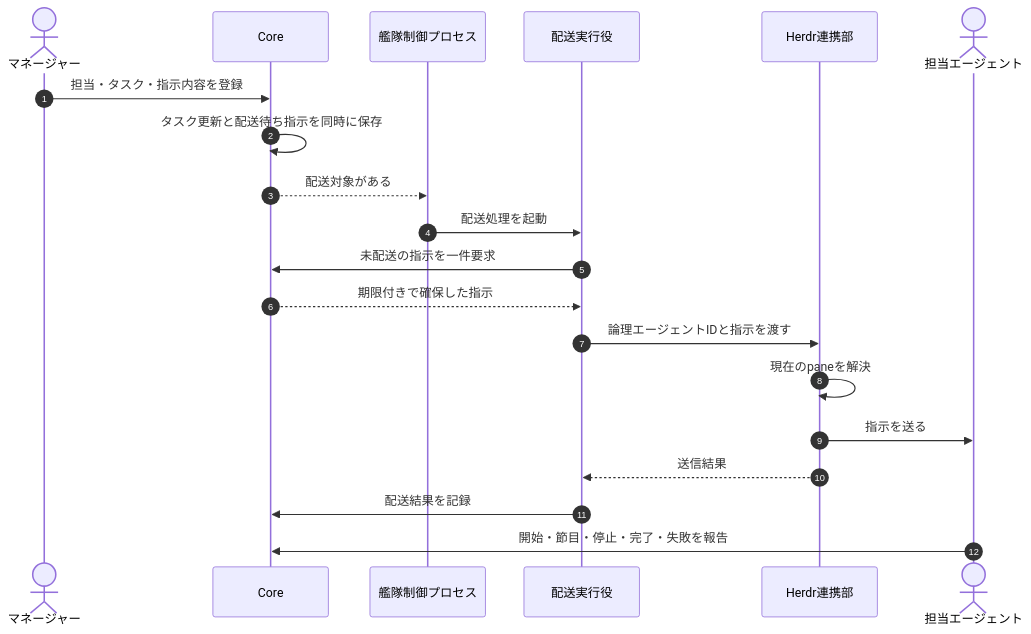
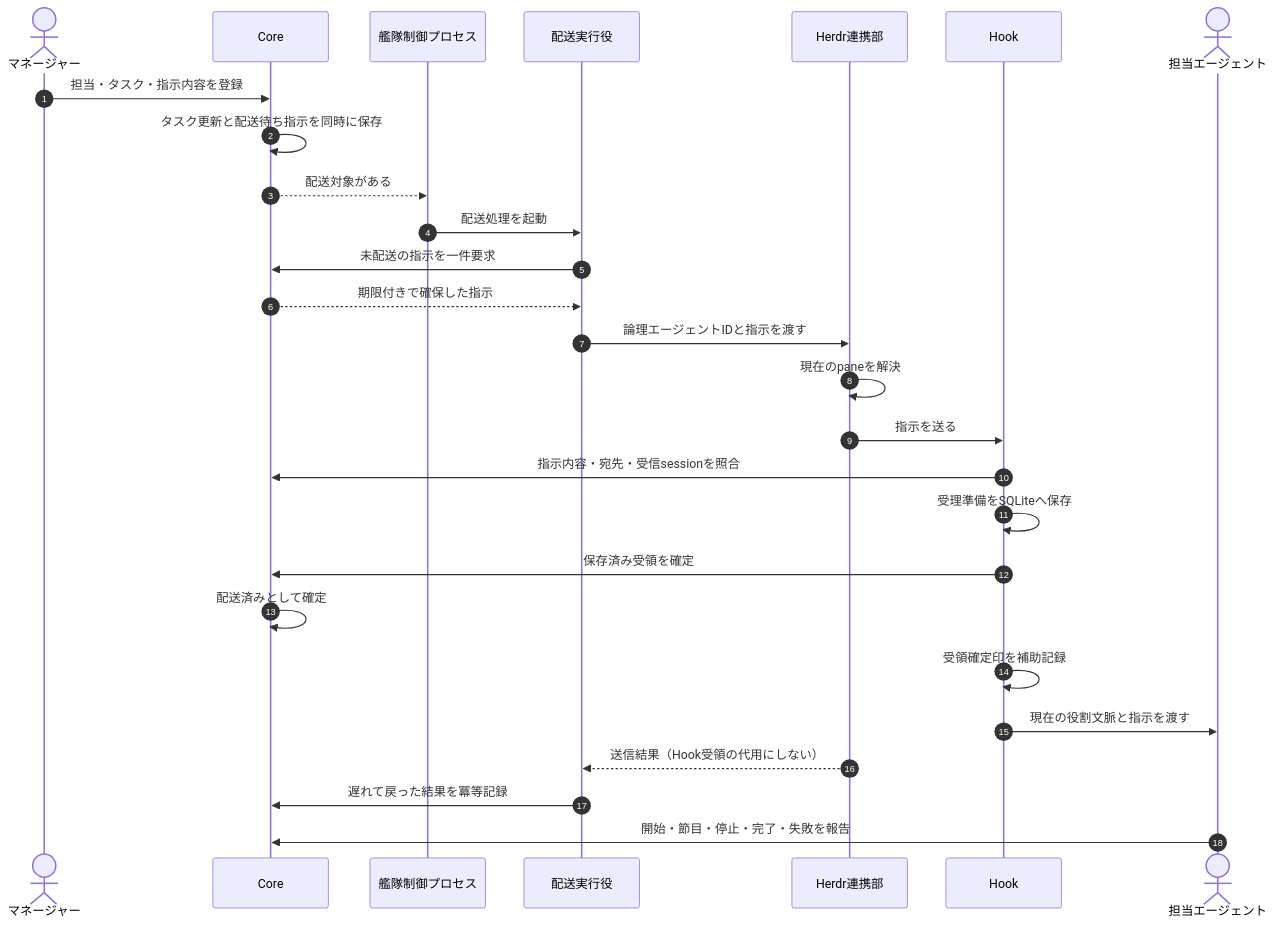
One commit to nakamori-naoya/agent-fleet-plugins changed the fourth of 9 diagrams in docs/2026-08-31-エージェント艦隊-連携と全体制御.md. Above: the diagram before and after it, drawn with Mermaid. The commit also changed other lines of this file and 33 other files, not shown here.

````diff
--- a/docs/2026-08-31-エージェント艦隊-連携と全体制御.md
+++ b/docs/2026-08-31-エージェント艦隊-連携と全体制御.md
@@ -150,23 +154,30 @@
 ```mermaid
 sequenceDiagram
     autonumber
     actor マネージャー
     participant Core
     participant 制御 as 艦隊制御プロセス
     participant 配送 as 配送実行役
     participant Herdr as Herdr連携部
+    participant Hook
     actor 担当エージェント
 
     マネージャー->>Core: 担当・タスク・指示内容を登録
     Core->>Core: タスク更新と配送待ち指示を同時に保存
     Core-->>制御: 配送対象がある
     制御->>配送: 配送処理を起動
     配送->>Core: 未配送の指示を一件要求
     Core-->>配送: 期限付きで確保した指示
     配送->>Herdr: 論理エージェントIDと指示を渡す
     Herdr->>Herdr: 現在のpaneを解決
-    Herdr->>担当エージェント: 指示を送る
-    Herdr-->>配送: 送信結果
-    配送->>Core: 配送結果を記録
+    Herdr->>Hook: 指示を送る
+    Hook->>Core: 指示内容・宛先・受信sessionを照合
+    Hook->>Hook: 受理準備をSQLiteへ保存
+    Hook->>Core: 保存済み受領を確定
+    Core->>Core: 配送済みとして確定
+    Hook->>Hook: 受領確定印を補助記録
+    Hook->>担当エージェント: 現在の役割文脈と指示を渡す
+    Herdr-->>配送: 送信結果（Hook受領の代用にしない）
+    配送->>Core: 遅れて戻った結果を冪等記録
     担当エージェント->>Core: 開始・節目・停止・完了・失敗を報告
 ```
````
